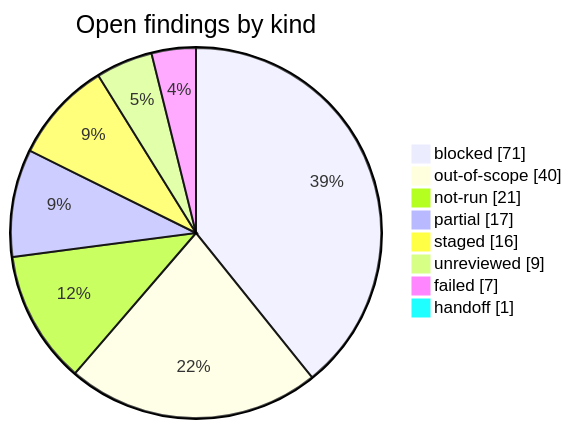
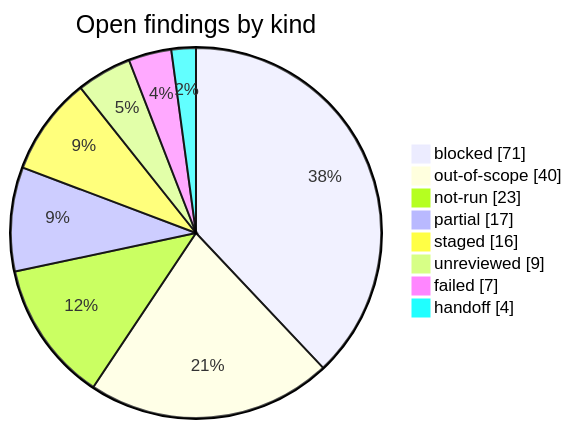
One commit to korczis/OpenTTD changed the diagram in research/open-findings.md. Above: the diagram before and after it, drawn with Mermaid. The commit also changed other lines of this file and 7 other files, not shown here.

````diff
--- a/research/open-findings.md
+++ b/research/open-findings.md
@@ -36,12 +36,12 @@
 ```mermaid
 pie showData title Open findings by kind
     %% links: open-findings.md?col=Kind&filter=blocked#findings | open-findings.md?col=Kind&filter=out-of-scope#findings | open-findings.md?col=Kind&filter=not-run#findings | open-findings.md?col=Kind&filter=partial#findings | open-findings.md?col=Kind&filter=staged#findings | open-findings.md?col=Kind&filter=unreviewed#findings | open-findings.md?col=Kind&filter=failed#findings | open-findings.md?col=Kind&filter=handoff#findings
     "blocked" : 71
     "out-of-scope" : 40
-    "not-run" : 21
+    "not-run" : 23
     "partial" : 17
     "staged" : 16
     "unreviewed" : 9
     "failed" : 7
-    "handoff" : 1
+    "handoff" : 4
 ```
````
